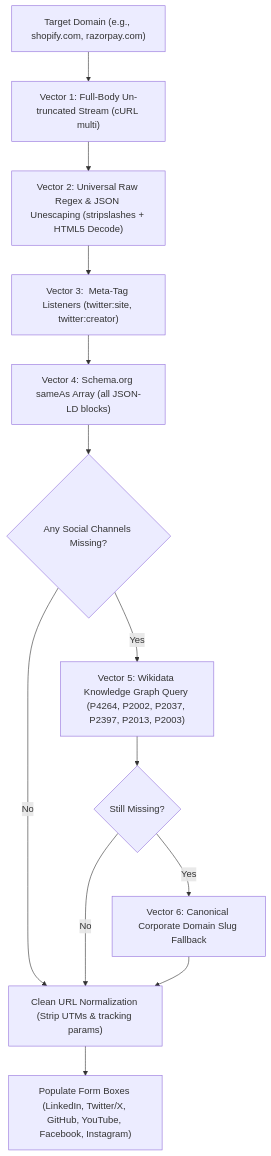
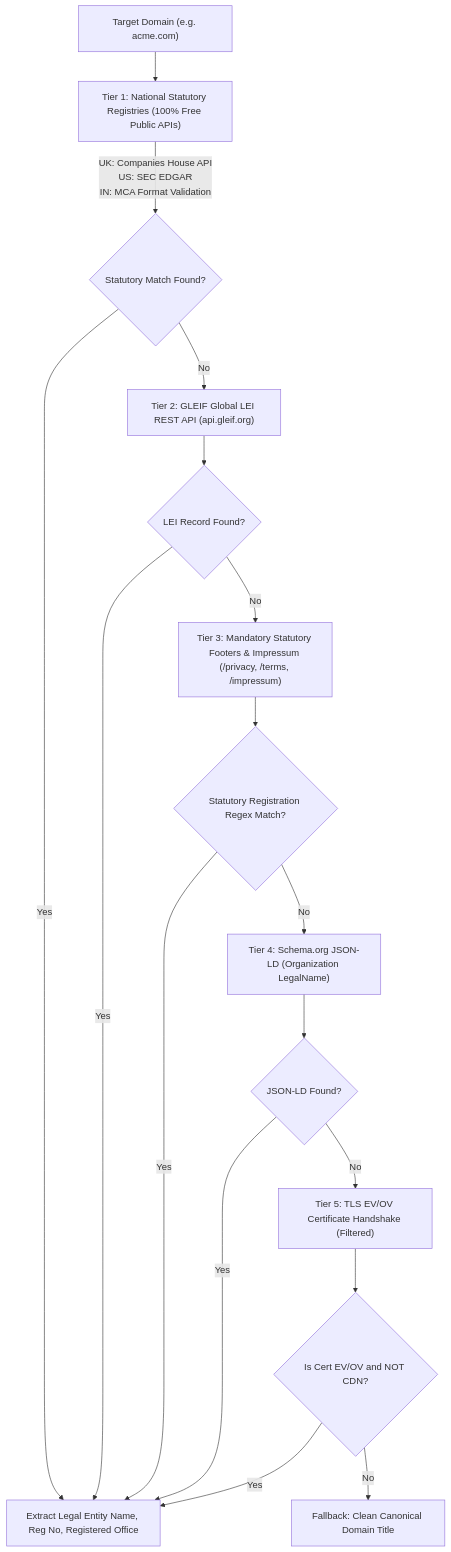
Before and after one commit to 4belldevelopers/sales-crm-final: the diagram in docs/GOD_LEVEL_COMPANY_INTELLIGENCE_ENGINE.md, drawn with Mermaid. The commit also changed other lines of this file and 1 other file, not shown here.

Commit message:
docs: upgrade company intelligence specification to V8 with anti-SSRF, multi-tier registry, resilient social extraction, and 21-box contract

````diff
--- a/docs/GOD_LEVEL_COMPANY_INTELLIGENCE_ENGINE.md
+++ b/docs/GOD_LEVEL_COMPANY_INTELLIGENCE_ENGINE.md
@@ -58,17 +57,24 @@
 ```mermaid
 flowchart TD
-    A["Target Domain (e.g., shopify.com, razorpay.com)"] --> B["Vector 1: Full-Body Un-truncated Stream (cURL multi)"]
-    B --> C["Vector 2: Universal Raw Regex & JSON Unescaping (stripslashes + HTML5 Decode)"]
-    C --> D["Vector 3: <head> Meta-Tag Listeners (twitter:site, twitter:creator)"]
-    D --> E["Vector 4: Schema.org sameAs Array (all JSON-LD blocks)"]
-    E --> F{"Any Social Channels Missing?"}
+    A["Target Domain (e.g. acme.com)"] --> B["Tier 1: National Statutory Registries (100% Free Public APIs)"]
+    B -- "UK: Companies House API\nUS: SEC EDGAR\nIN: MCA Format Validation" --> R1{"Statutory Match Found?"}
     
-    F -- "Yes" --> G["Vector 5: Wikidata Knowledge Graph Query (P4264, P2002, P2037, P2397, P2013, P2003)"]
-    F -- "No" --> I["Clean URL Normalization (Strip UTMs & tracking params)"]
+    R1 -- "Yes" --> S["Extract Legal Entity Name, Reg No, Registered Office"]
+    R1 -- "No" --> C["Tier 2: GLEIF Global LEI REST API (api.gleif.org)"]
     
-    G --> H{"Still Missing?"}
-    H -- "Yes" --> J["Vector 6: Canonical Corporate Domain Slug Fallback"]
-    H -- "No" --> I
-    J --> I
-    I --> K["Populate Form Boxes (LinkedIn, Twitter/X, GitHub, YouTube, Facebook, Instagram)"]
+    C --> R2{"LEI Record Found?"}
+    R2 -- "Yes" --> S
+    R2 -- "No" --> D["Tier 3: Mandatory Statutory Footers & Impressum (/privacy, /terms, /impressum)"]
+    
+    D --> R3{"Statutory Registration Regex Match?"}
+    R3 -- "Yes" --> S
+    R3 -- "No" --> E["Tier 4: Schema.org JSON-LD (Organization LegalName)"]
+    
+    E --> R4{"JSON-LD Found?"}
+    R4 -- "Yes" --> S
+    R4 -- "No" --> F["Tier 5: TLS EV/OV Certificate Handshake (Filtered)"]
+    
+    F --> G{"Is Cert EV/OV and NOT CDN?"}
+    G -- "Yes" --> S
+    G -- "No" --> H["Fallback: Clean Canonical Domain Title"]
 ```
````
